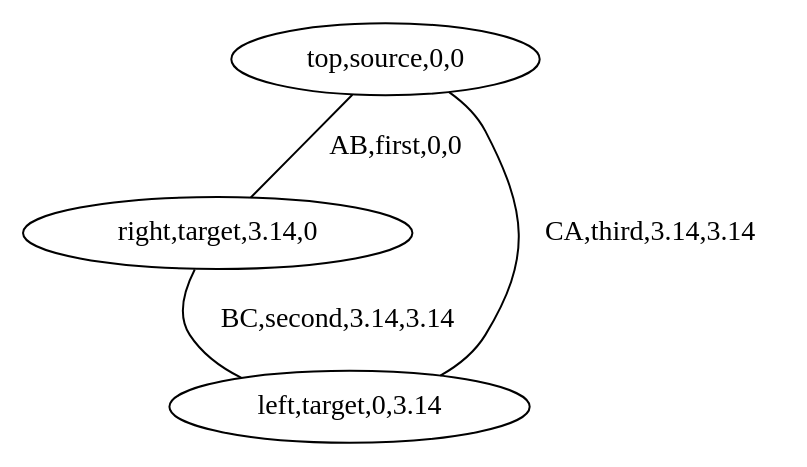
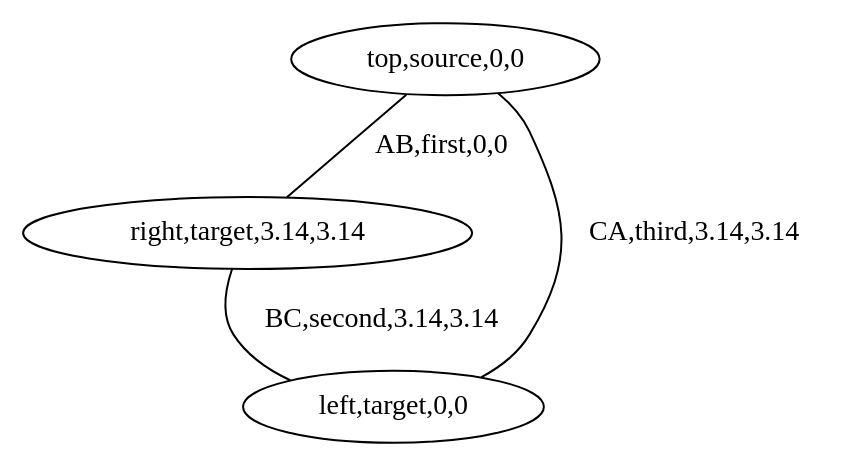
One commit to richelbilderbeek/boost_graph_cookbook_1 changed the diagram in BoostGraphTutorial/save_custom_edges_and_vertices_graph_to_dot_test_custom_edges_and_vertices_k3_graph.dot. Above: the diagram before and after it, drawn with Graphviz. The commit also changed 17 other files, not shown here.

```diff
--- a/BoostGraphTutorial/save_custom_edges_and_vertices_graph_to_dot_test_custom_edges_and_vertices_k3_graph.dot
+++ b/BoostGraphTutorial/save_custom_edges_and_vertices_graph_to_dot_test_custom_edges_and_vertices_k3_graph.dot
@@ -1,8 +1,8 @@
 graph G {
 0[label="top,source,0,0"];
-1[label="right,target,3.14,0"];
-2[label="left,target,0,3.14"];
+1[label="right,target,3.14,3.14"];
+2[label="left,target,0,0"];
 0--1 [label="AB,first,0,0"];
 1--2 [label="BC,second,3.14,3.14"];
 2--0 [label="CA,third,3.14,3.14"];
 }
```
